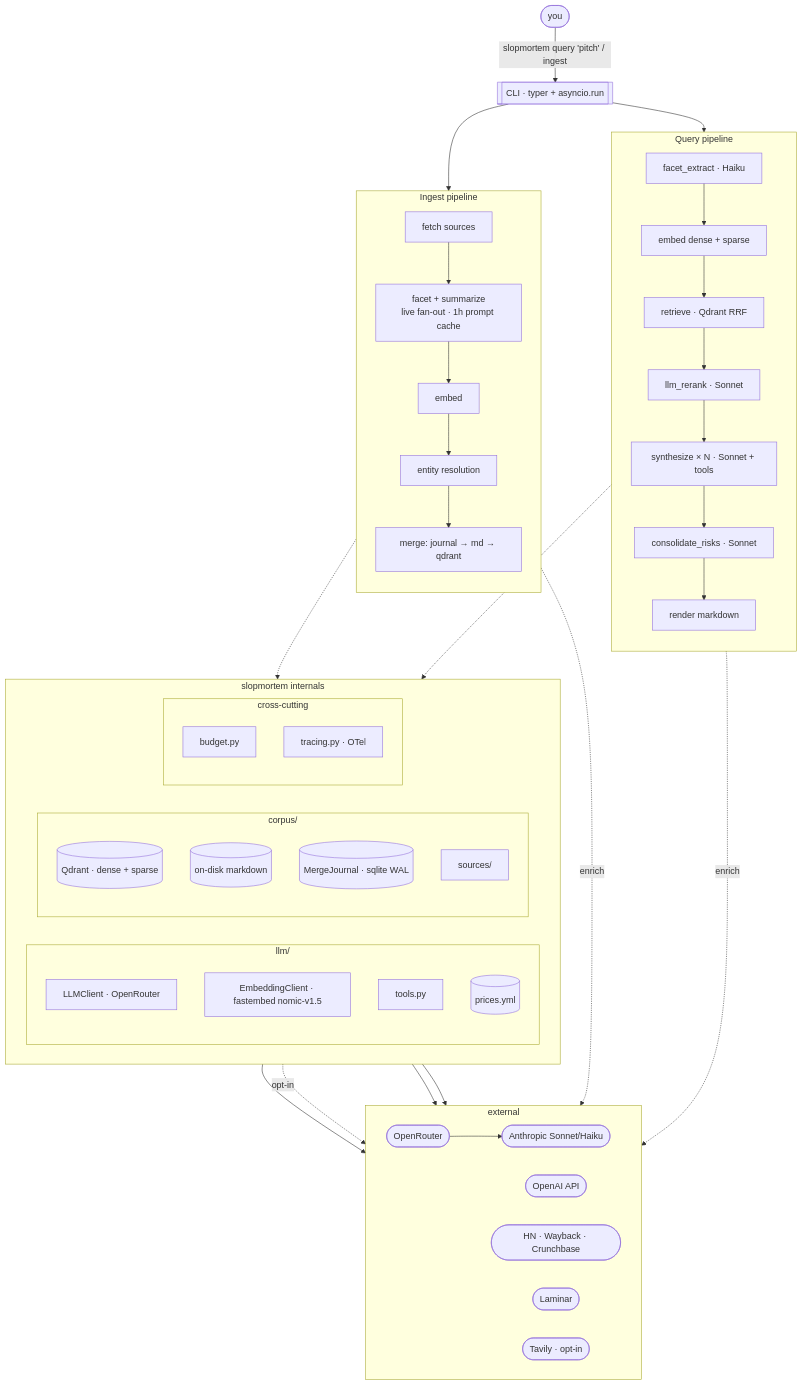
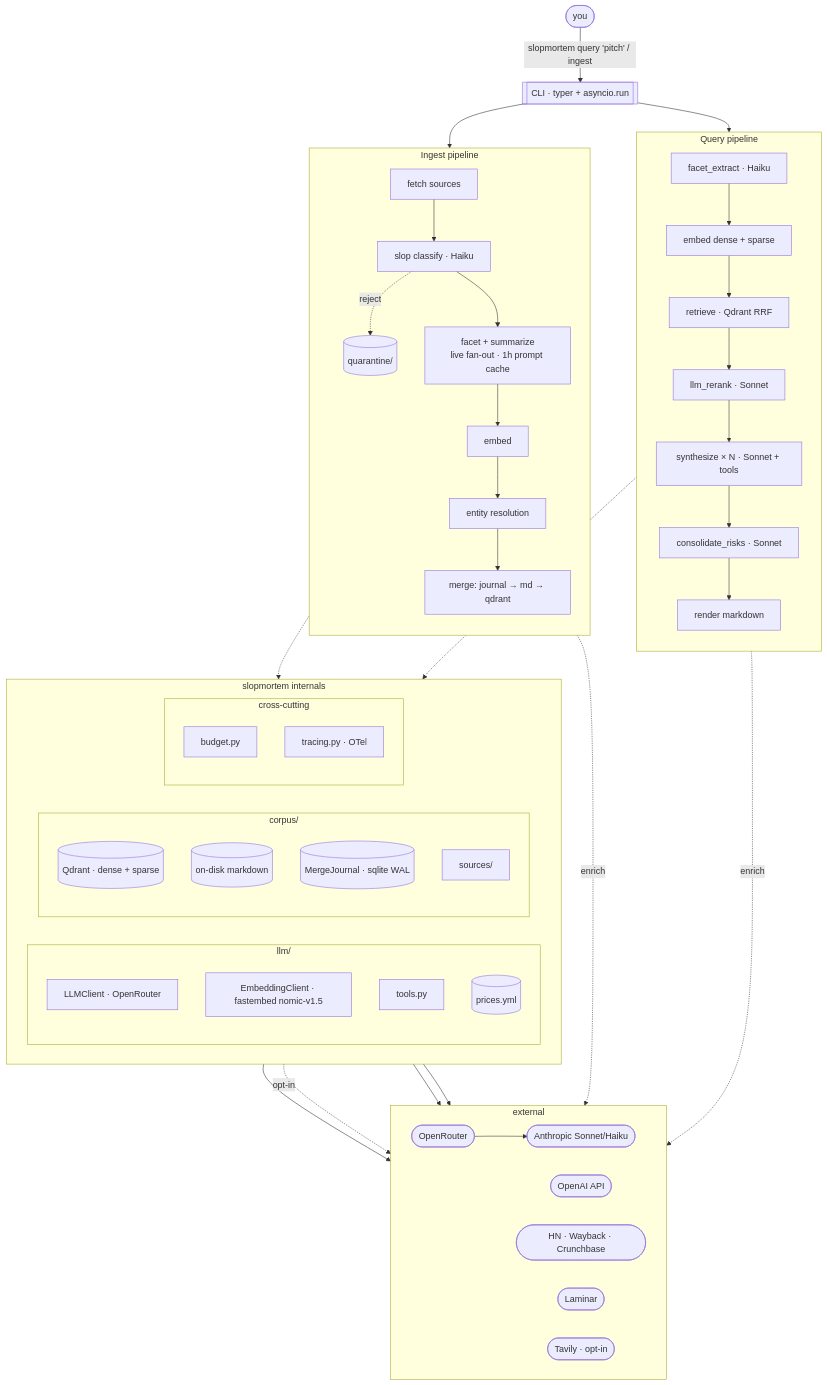
One commit to vaporif/slopmortem changed the diagram in docs/architecture.md. Above: the diagram before and after it, drawn with Mermaid. The commit also changed other lines of this file and 1 other file, not shown here.

````diff
--- a/docs/architecture.md
+++ b/docs/architecture.md
@@ -3,66 +3,68 @@
 ```mermaid
 flowchart TD
     User([you]) -->|"slopmortem query 'pitch' / ingest"| CLI[["CLI · typer + asyncio.run"]]
     CLI --> Q1
     CLI --> I1
 
     subgraph Q["Query pipeline"]
         direction TB
         Q1[facet_extract · Haiku] --> Q2[embed dense + sparse]
         Q2 --> Q3[retrieve · Qdrant RRF]
         Q3 --> Q4[llm_rerank · Sonnet]
         Q4 --> Q5[synthesize × N · Sonnet + tools]
         Q5 --> Q6[consolidate_risks · Sonnet]
         Q6 --> Q7[render markdown]
     end
 
     subgraph I["Ingest pipeline"]
         direction TB
-        I1[fetch sources] --> I2["facet + summarize<br/>live fan-out · 1h prompt cache"]
+        I1[fetch sources] --> I_slop[slop classify · Haiku]
+        I_slop -.->|reject| IQ[(quarantine/)]
+        I_slop --> I2["facet + summarize<br/>live fan-out · 1h prompt cache"]
         I2 --> I3[embed]
         I3 --> I4[entity resolution]
         I4 --> I5["merge: journal → md → qdrant"]
     end
 
     Q -.-> Internals
     I -.-> Internals
 
     subgraph Internals["slopmortem internals"]
         direction LR
         subgraph llm["llm/"]
             direction TB
             LLMC[LLMClient · OpenRouter]
             Embed[EmbeddingClient · fastembed nomic-v1.5]
             Tools[tools.py]
             Prices[(prices.yml)]
         end
         subgraph corpus["corpus/"]
             direction TB
             Qdrant[(Qdrant · dense + sparse)]
             MD[(on-disk markdown)]
             Journal[(MergeJournal · sqlite WAL)]
             Sources[sources/]
         end
         subgraph cross["cross-cutting"]
             direction TB
             Budget[budget.py]
             Trace[tracing.py · OTel]
         end
     end
 
     LLMC --> OR
     Embed -.->|"opt-in"| OAI
     Sources --> Web
     Trace --> LMNR
     Q5 -.->|enrich| TV
     I2 -.->|enrich| TV
 
     subgraph Ext["external"]
         direction LR
         OR([OpenRouter]) --> ANT([Anthropic Sonnet/Haiku])
         OAI([OpenAI API])
         Web([HN · Wayback · Crunchbase])
         TV([Tavily · opt-in])
         LMNR([Laminar])
     end
 ```
````
